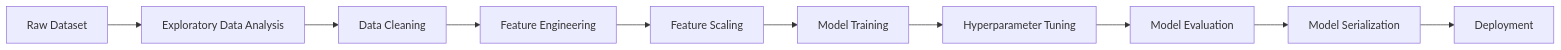
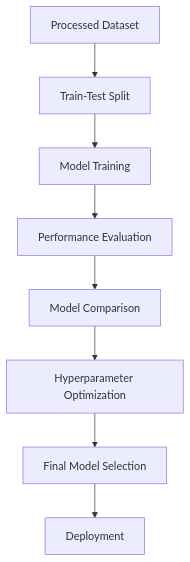
One commit to Vedansh1011/Smart-House-Price-Prediction changed the fifth of 10 diagrams in README.md. Above: the diagram before and after it, drawn with Mermaid. The commit also changed other lines of this file and 46 other files, not shown here.

````diff
--- a/README.md
+++ b/README.md
@@ -125,33 +1007,27 @@
 ```mermaid
-flowchart LR
+flowchart TD
 
-A[Raw Dataset]
+A["Processed Dataset"]
 
-B[Exploratory Data Analysis]
+B["Train-Test Split"]
 
-C[Data Cleaning]
+C["Model Training"]
 
-D[Feature Engineering]
+D["Performance Evaluation"]
 
-E[Feature Scaling]
+E["Model Comparison"]
 
-F[Model Training]
+F["Hyperparameter Optimization"]
 
-G[Hyperparameter Tuning]
+G["Final Model Selection"]
 
-H[Model Evaluation]
-
-I[Model Serialization]
-
-J[Deployment]
+H["Deployment"]
 
 A --> B
 B --> C
 C --> D
 D --> E
 E --> F
 F --> G
 G --> H
-H --> I
-I --> J
 ```
````
